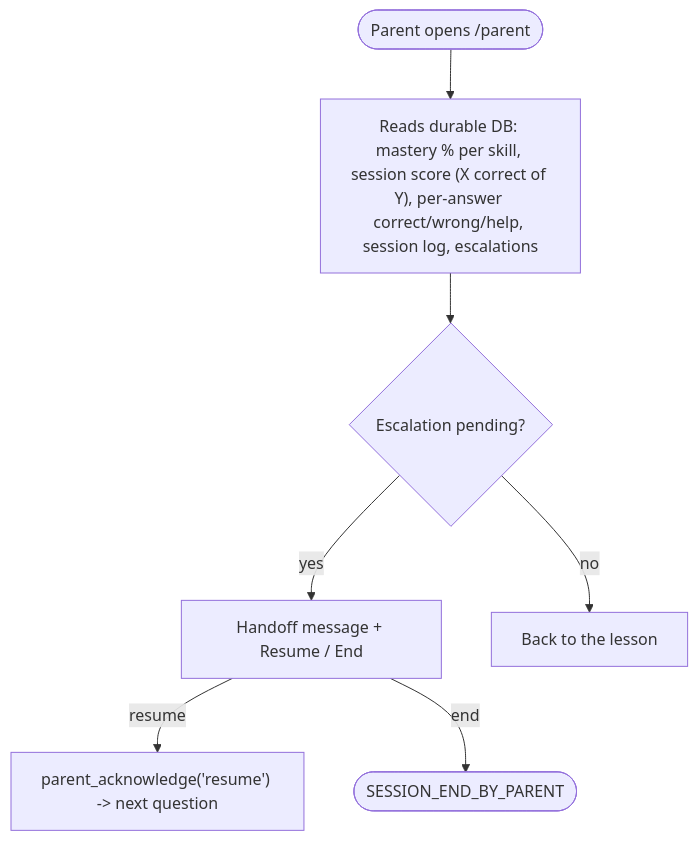
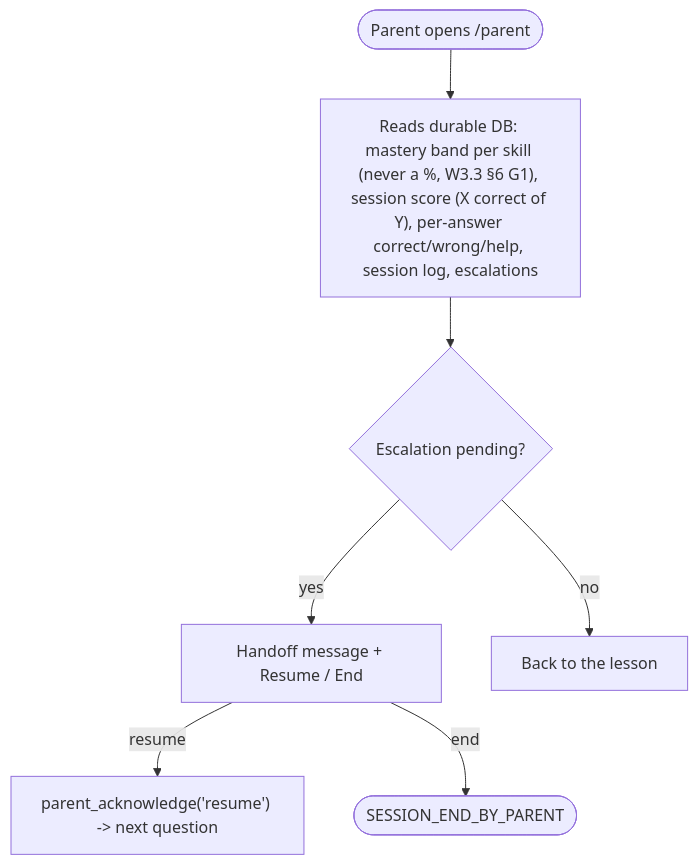
Before and after one commit to avps82/mentar: the fourth of 4 diagrams in docs/design/FLOW.md, drawn with Mermaid. The commit also changed 7 other files, not shown here.

````diff
--- a/docs/design/FLOW.md
+++ b/docs/design/FLOW.md
@@ -138,9 +138,9 @@
 ```mermaid
 flowchart TD
-  P(["Parent opens /parent"]) --> V["Reads durable DB: mastery % per skill, session score (X correct of Y), per-answer correct/wrong/help, session log, escalations"]
+  P(["Parent opens /parent"]) --> V["Reads durable DB: mastery band per skill (never a %, W3.3 §6 G1), session score (X correct of Y), per-answer correct/wrong/help, session log, escalations"]
   V --> E{"Escalation pending?"}
   E -- "yes" --> ACK["Handoff message + Resume / End"]
   ACK -- "resume" --> RES["parent_acknowledge('resume') -> next question"]
   ACK -- "end" --> ENDP(["SESSION_END_BY_PARENT"])
   E -- "no" --> BACK["Back to the lesson"]
 ```
````
